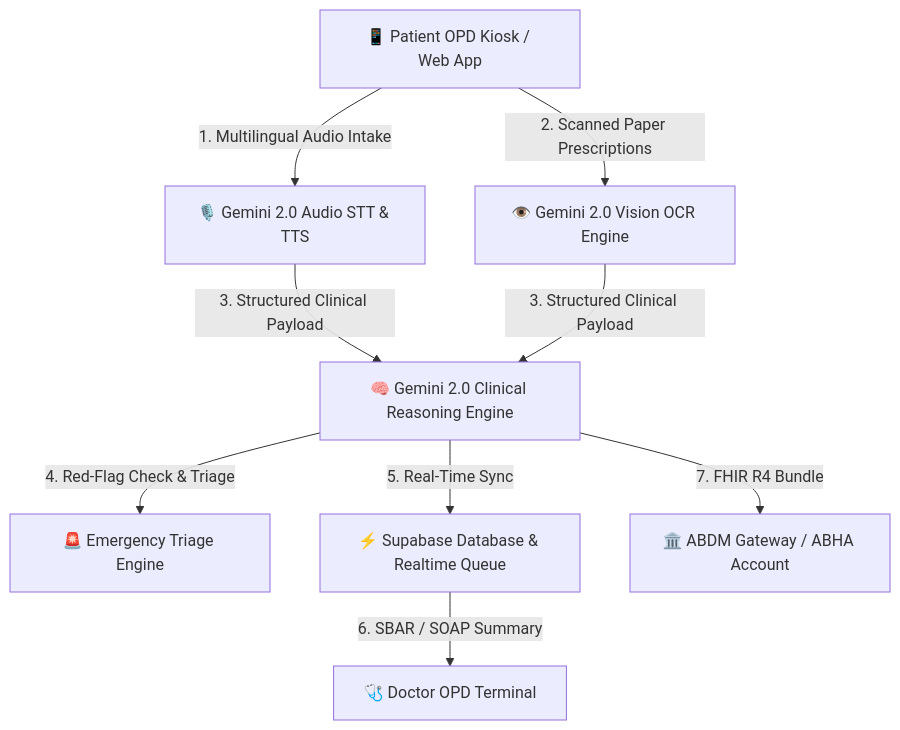
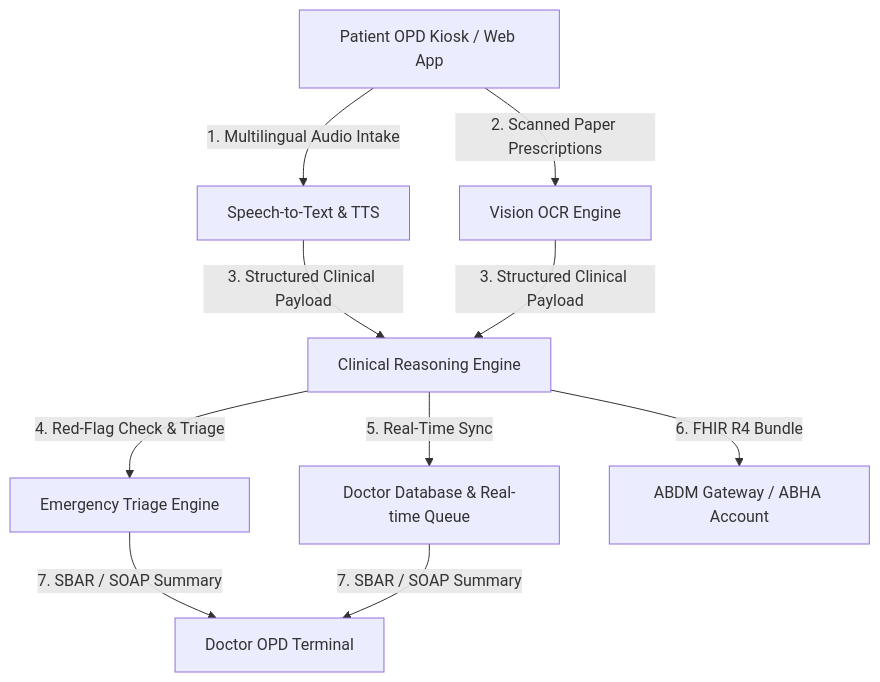
One commit to dearspartan/SwasthaSetu changed the diagram in README.md. Above: the diagram before and after it, drawn with Mermaid. The commit also changed other lines of this file, not shown here.

Commit message:
docs: update README with technical approach flow and remove emojis

````diff
--- a/README.md
+++ b/README.md
@@ -53,10 +56,12 @@
 ```mermaid
 graph TD
-    A["📱 Patient OPD Kiosk / Web App"] -->|1. Multilingual Audio Intake| B["🎙️ Gemini 2.0 Audio STT & TTS"]
-    A -->|2. Scanned Paper Prescriptions| C["👁️ Gemini 2.0 Vision OCR Engine"]
-    B & C -->|3. Structured Clinical Payload| D["🧠 Gemini 2.0 Clinical Reasoning Engine"]
-    D -->|4. Red-Flag Check & Triage| E["🚨 Emergency Triage Engine"]
-    D -->|5. Real-Time Sync| F["⚡ Supabase Database & Realtime Queue"]
-    F -->|6. SBAR / SOAP Summary| G["🩺 Doctor OPD Terminal"]
-    D -->|7. FHIR R4 Bundle| H["🏛️ ABDM Gateway / ABHA Account"]
+    A["Patient OPD Kiosk / Web App"] -->|1. Multilingual Audio Intake| B["Speech-to-Text & TTS"]
+    A -->|2. Scanned Paper Prescriptions| C["Vision OCR Engine"]
+    B -->|3. Structured Clinical Payload| D["Clinical Reasoning Engine"]
+    C -->|3. Structured Clinical Payload| D
+    D -->|4. Red-Flag Check & Triage| E["Emergency Triage Engine"]
+    D -->|5. Real-Time Sync| F["Doctor Database & Real-time Queue"]
+    D -->|6. FHIR R4 Bundle| G["ABDM Gateway / ABHA Account"]
+    E -->|7. SBAR / SOAP Summary| H["Doctor OPD Terminal"]
+    F -->|7. SBAR / SOAP Summary| H
 ```
````
